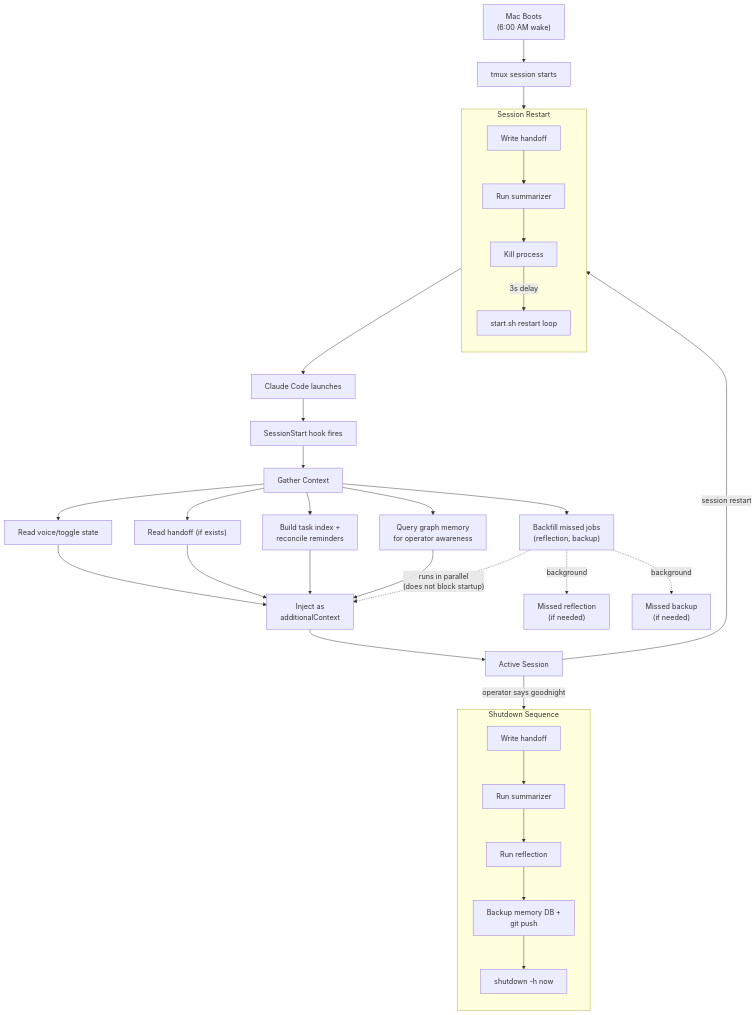
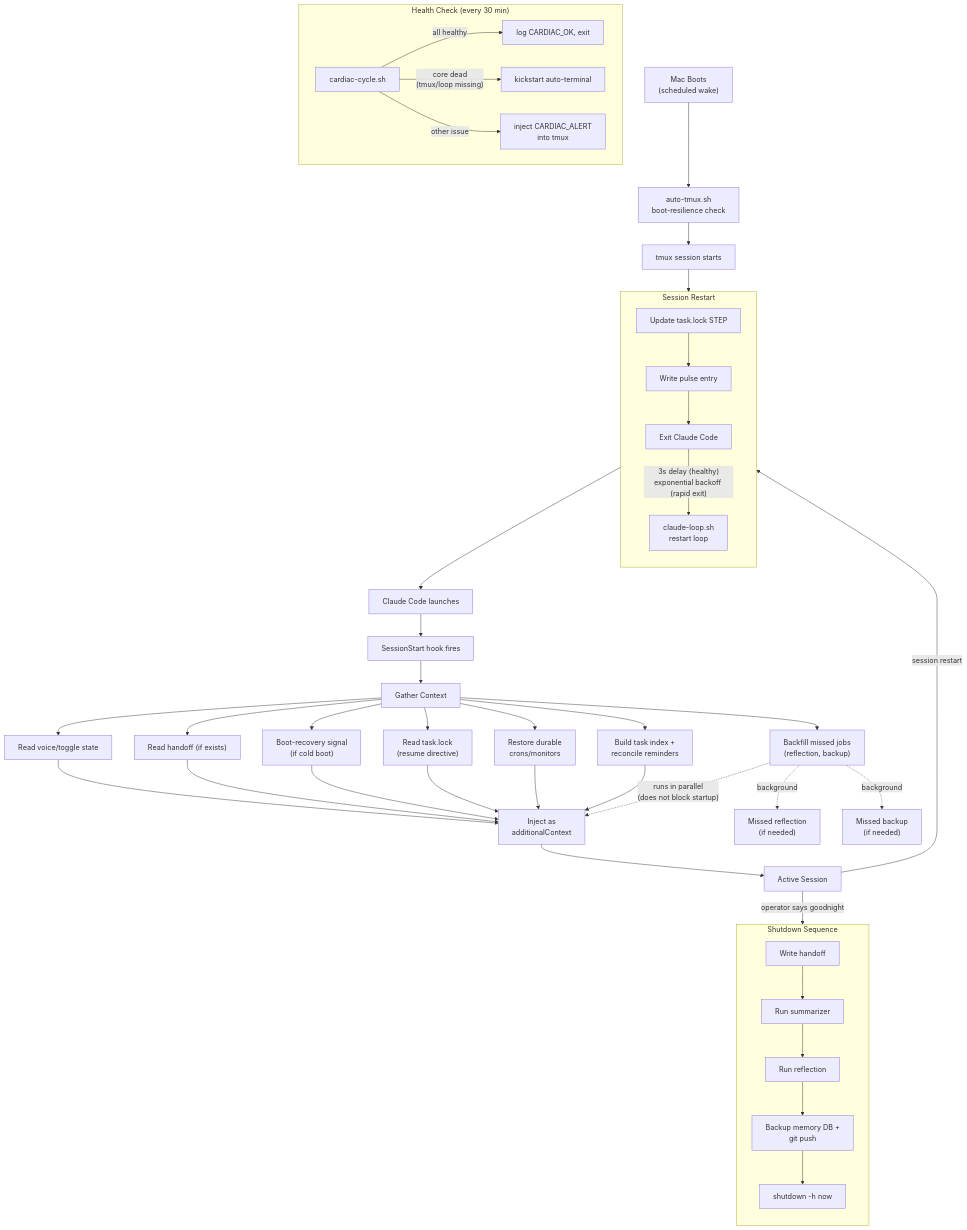
Before and after one commit to tars23364-bit/persistent-agent-guide: the diagram in diagrams/session-lifecycle.md, drawn with Mermaid. The commit also changed other lines of this file and 26 other files, not shown here.

````diff
--- a/diagrams/session-lifecycle.md
+++ b/diagrams/session-lifecycle.md
@@ -5,39 +5,49 @@
 ```mermaid
 flowchart TD
-    Boot["Mac Boots<br/>(6:00 AM wake)"] --> TMux["tmux session starts"]
-    TMux --> StartSh["start.sh restart loop"]
+    Boot["Mac Boots<br/>(scheduled wake)"] --> BootCheck["auto-tmux.sh<br/>boot-resilience check"]
+    BootCheck --> TMux["tmux session starts"]
+    TMux --> StartSh["claude-loop.sh<br/>restart loop"]
     StartSh --> Claude["Claude Code launches"]
     Claude --> Hook["SessionStart hook fires"]
 
     Hook --> Gather["Gather Context"]
     Gather --> Voice["Read voice/toggle state"]
     Gather --> Handoff["Read handoff (if exists)"]
+    Gather --> BootEvt["Boot-recovery signal<br/>(if cold boot)"]
+    Gather --> TaskLock["Read task.lock<br/>(resume directive)"]
+    Gather --> BGTasks["Restore durable<br/>crons/monitors"]
     Gather --> TaskIdx["Build task index +<br/>reconcile reminders"]
-    Gather --> Attune["Query graph memory<br/>for operator awareness"]
     Gather --> Backfill["Backfill missed jobs<br/>(reflection, backup)"]
 
-    Voice & Handoff & TaskIdx & Attune --> Inject["Inject as<br/>additionalContext"]
+    Voice & Handoff & BootEvt & TaskLock & BGTasks & TaskIdx --> Inject["Inject as<br/>additionalContext"]
     Backfill -.->|"runs in parallel<br/>(does not block startup)"| Inject
     Inject --> Session["Active Session"]
 
     Session -->|"operator says goodnight"| Shutdown
 
     subgraph Shutdown["Shutdown Sequence"]
         direction TB
         S1["Write handoff"] --> S2["Run summarizer"]
         S2 --> S3["Run reflection"]
         S3 --> S4["Backup memory DB +<br/>git push"]
         S4 --> S5["shutdown -h now"]
     end
 
     Session -->|"session restart"| Restart
     subgraph Restart["Session Restart"]
         direction TB
-        R1["Write handoff"] --> R2["Run summarizer"]
-        R2 --> R3["Kill process"]
-        R3 -->|"3s delay"| StartSh
+        R1["Update task.lock STEP"] --> R2["Write pulse entry"]
+        R2 --> R3["Exit Claude Code"]
+        R3 -->|"3s delay (healthy)<br/>exponential backoff (rapid exit)"| StartSh
+    end
+
+    subgraph HealthLoop["Health Check (every 30 min)"]
+        direction LR
+        HC1["cardiac-cycle.sh"] -->|"all healthy"| HC2["log CARDIAC_OK, exit"]
+        HC1 -->|"core dead<br/>(tmux/loop missing)"| HC3["kickstart auto-terminal"]
+        HC1 -->|"other issue"| HC4["inject CARDIAC_ALERT<br/>into tmux"]
     end
 
     Backfill -.->|"background"| Reflection["Missed reflection<br/>(if needed)"]
     Backfill -.->|"background"| Backup["Missed backup<br/>(if needed)"]
 ```
````
